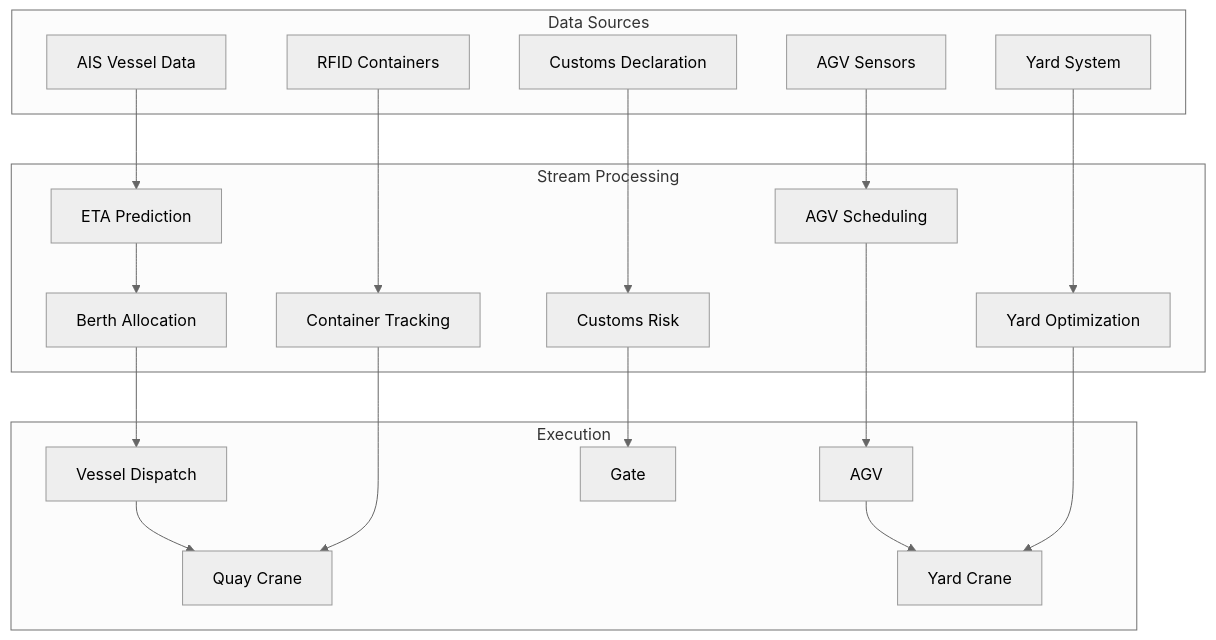
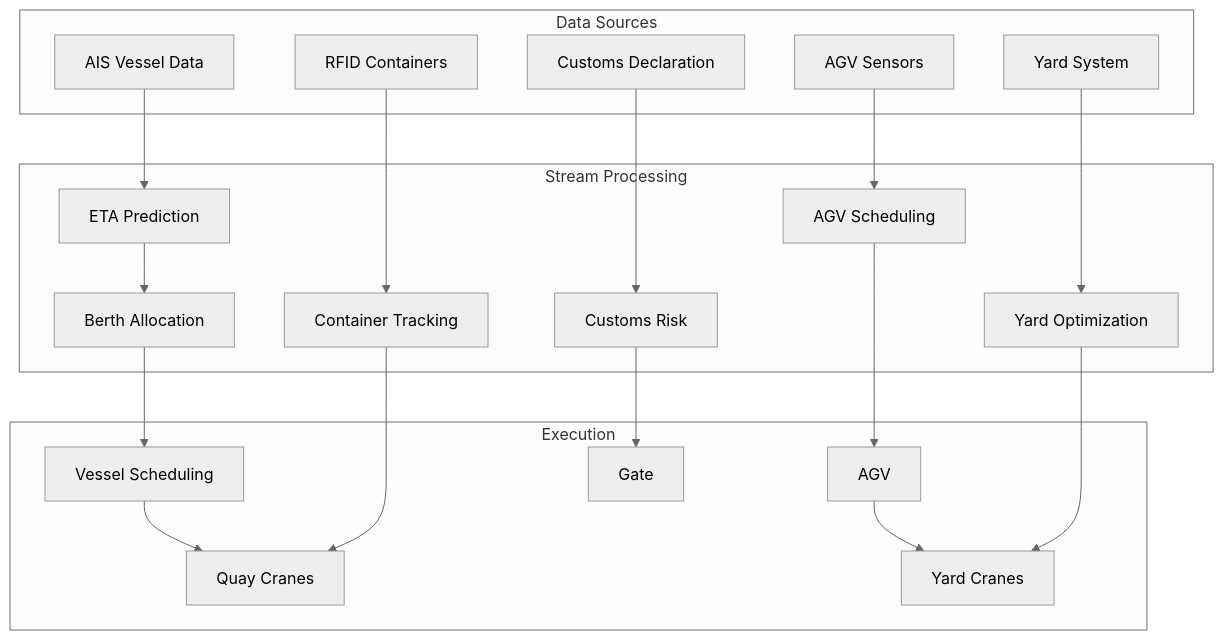
Before and after one commit to AdaMartin18010/AnalysisDataFlow: the diagram in en/realtime-port-logistics-case-study.md, drawn with Mermaid (neutral theme). The commit also changed other lines of this file and 27 other files, not shown here.

````diff
--- a/en/realtime-port-logistics-case-study.md
+++ b/en/realtime-port-logistics-case-study.md
@@ -330,33 +352,33 @@
 ```mermaid
 graph TB
     subgraph DataSources["Data Sources"]
         D1[AIS Vessel Data]
         D2[RFID Containers]
         D3[AGV Sensors]
         D4[Yard System]
         D5[Customs Declaration]
     end
 
     subgraph StreamProcessing["Stream Processing"]
         P1[ETA Prediction]
         P2[Berth Allocation]
         P3[Container Tracking]
         P4[AGV Scheduling]
         P5[Yard Optimization]
         P6[Customs Risk]
     end
 
     subgraph Execution["Execution"]
-        A1[Vessel Dispatch]
-        A2[Quay Crane]
+        A1[Vessel Scheduling]
+        A2[Quay Cranes]
         A3[AGV]
-        A4[Yard Crane]
+        A4[Yard Cranes]
         A5[Gate]
     end
 
     D1 --> P1 --> P2 --> A1 --> A2
     D2 --> P3 --> A2
     D3 --> P4 --> A3 --> A4
     D4 --> P5 --> A4
     D5 --> P6 --> A5
 ```
````
